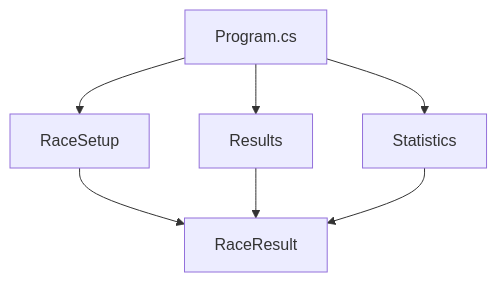
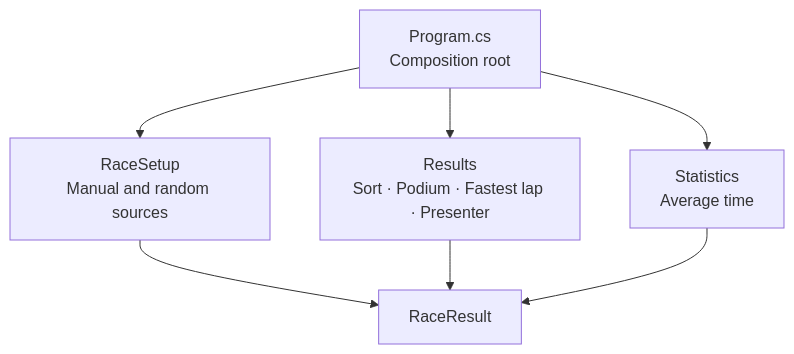
One commit to EmilianoBazanZapata/RaceResult changed the diagram in README.md. Above: the diagram before and after it, drawn with Mermaid. The commit also changed other lines of this file and 1 other file, not shown here.

````diff
--- a/README.md
+++ b/README.md
@@ -244,16 +61,15 @@
 ```mermaid
 flowchart TD
-    Program[Program.cs]
-    Setup[RaceSetup]
-    Results[Results]
-    Statistics[Statistics]
+    Program[Program.cs<br/>Composition root]
+    Setup[RaceSetup<br/>Manual and random sources]
+    Results[Results<br/>Sort · Podium · Fastest lap · Presenter]
+    Statistics[Statistics<br/>Average time]
     Domain[RaceResult]
 
     Program --> Setup
     Program --> Results
     Program --> Statistics
-
     Setup --> Domain
     Results --> Domain
     Statistics --> Domain
 ```
````
